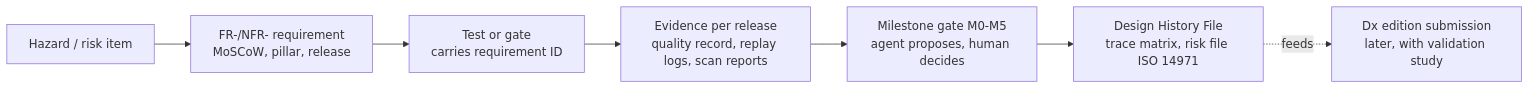
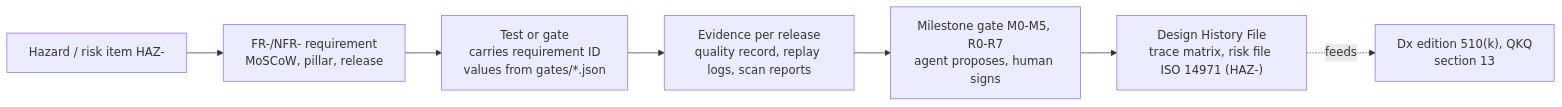
One commit to RPBatman/Stoipath changed the first of 3 diagrams in wsi-viewer/docs/plan/02-requirements.md. Above: the diagram before and after it, drawn with Mermaid. The commit also changed other lines of this file and 1 other file, not shown here.

````diff
--- a/wsi-viewer/docs/plan/02-requirements.md
+++ b/wsi-viewer/docs/plan/02-requirements.md
@@ -25,9 +28,9 @@
 ```mermaid
 flowchart LR
-  REQ["FR-/NFR- requirement<br/>MoSCoW, pillar, release"] --> TEST["Test or gate<br/>carries requirement ID"]
+  REQ["FR-/NFR- requirement<br/>MoSCoW, pillar, release"] --> TEST["Test or gate<br/>carries requirement ID<br/>values from gates/*.json"]
   TEST --> EVID["Evidence per release<br/>quality record, replay logs, scan reports"]
-  EVID --> GATE["Milestone gate M0-M5<br/>agent proposes, human decides"]
-  GATE --> DHF["Design History File<br/>trace matrix, risk file ISO 14971"]
-  RISK["Hazard / risk item"] --> REQ
-  DHF -.feeds.-> SUB["Dx edition submission<br/>later, with validation study"]
+  EVID --> GATE["Milestone gate M0-M5, R0-R7<br/>agent proposes, human signs"]
+  GATE --> DHF["Design History File<br/>trace matrix, risk file ISO 14971 (HAZ-)"]
+  RISK["Hazard / risk item HAZ-"] --> REQ
+  DHF -.feeds.-> SUB["Dx edition 510(k), QKQ<br/>section 13"]
 ```
````
